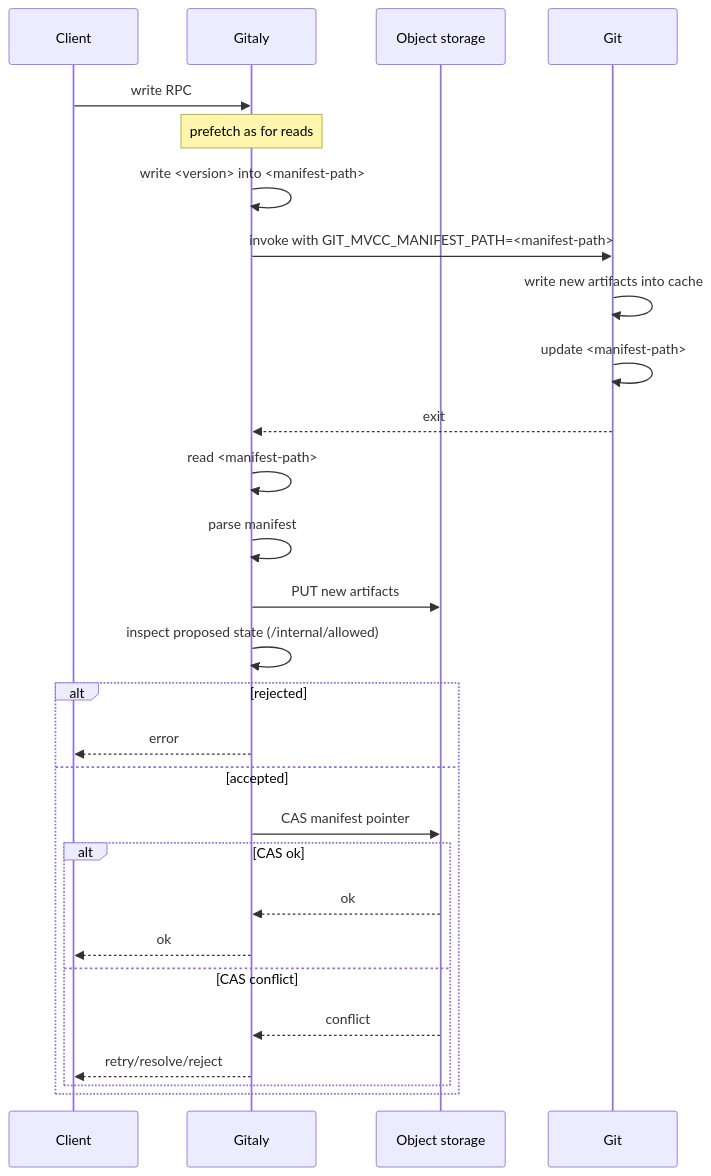
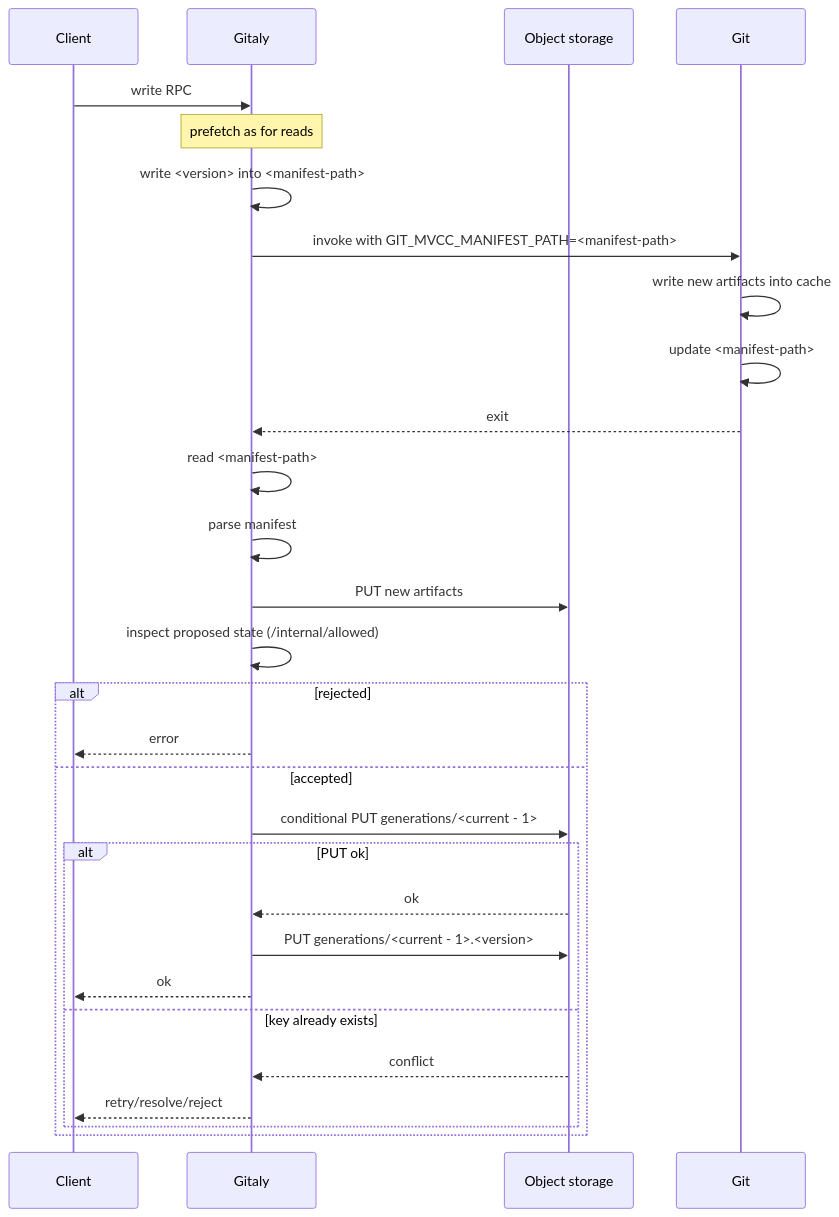
One commit to kyama0/gitlab-handbook-ja changed the third of 5 diagrams in content/handbook/engineering/architecture/design-documents/scaling-git/_index.md. Above: the diagram before and after it, drawn with Mermaid. The commit also changed other lines of this file and 22 other files, not shown here.

````diff
--- a/content/handbook/engineering/architecture/design-documents/scaling-git/_index.md
+++ b/content/handbook/engineering/architecture/design-documents/scaling-git/_index.md
@@ -244,31 +273,32 @@
 ```mermaid
 sequenceDiagram
   participant C as Client
   participant G as Gitaly
   participant S as Object storage
   participant Git as Git
 
   C->>G: write RPC
   Note over G: prefetch as for reads
   G->>G: write <version> into <manifest-path>
   G->>Git: invoke with GIT_MVCC_MANIFEST_PATH=<manifest-path>
   Git->>Git: write new artifacts into cache
   Git->>Git: update <manifest-path>
   Git-->>G: exit
   G->>G: read <manifest-path>
   G->>G: parse manifest
   G->>S: PUT new artifacts
   G->>G: inspect proposed state (/internal/allowed)
   alt rejected
     G-->>C: error
   else accepted
-    G->>S: CAS manifest pointer
-    alt CAS ok
+    G->>S: conditional PUT generations/<current - 1>
+    alt PUT ok
       S-->>G: ok
+      G->>S: PUT generations/<current - 1>.<version>
       G-->>C: ok
-    else CAS conflict
+    else key already exists
       S-->>G: conflict
       G-->>C: retry/resolve/reject
     end
   end
 ```
````
